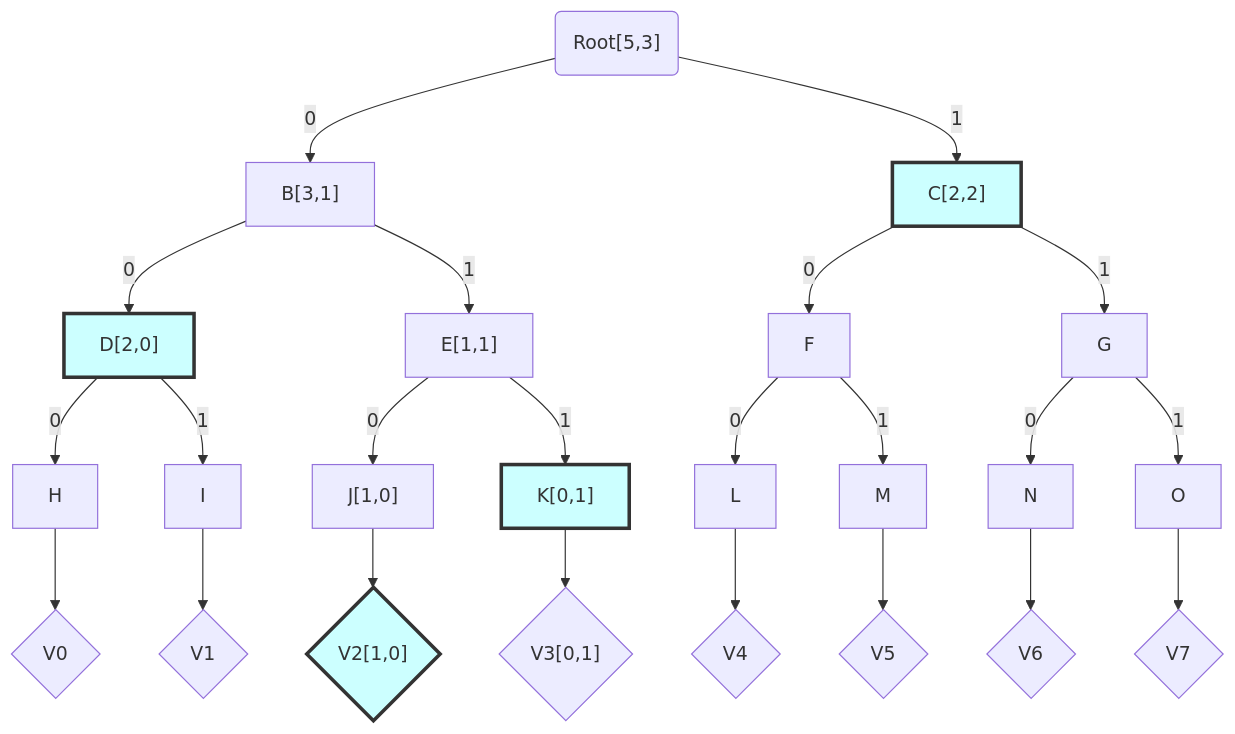
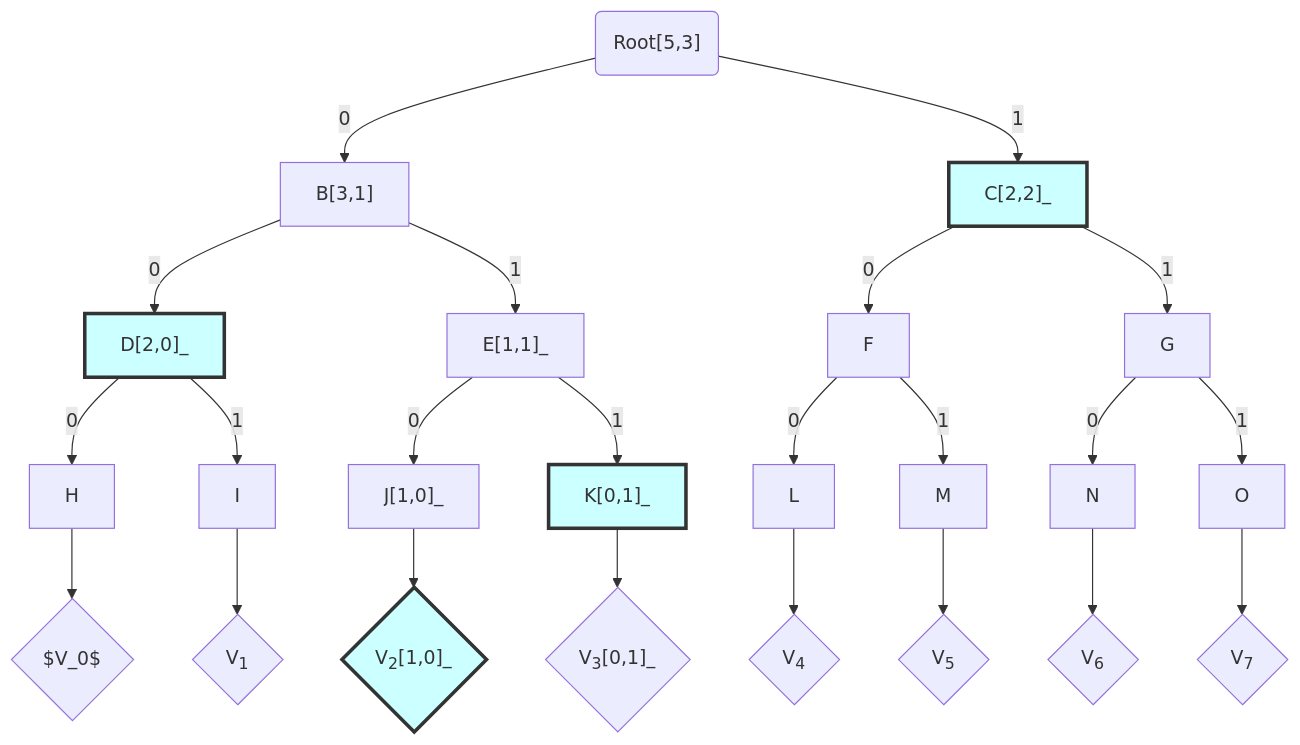
One commit to bitcoin-unlimited/BUwiki changed the diagram in blockchain_voting.md. Above: the diagram before and after it, drawn with Mermaid. The commit also changed other lines of this file and 1 other file, not shown here.

````diff
--- a/blockchain_voting.md
+++ b/blockchain_voting.md
@@ -68,27 +64,28 @@
 ```mermaid  
 graph TD
 R("Root[5,3]") -- 0 --> B["B[3,1]"]
-R -- 1 --> C["C[2,2]"]
-B -- 0 --> D["D[2,0]"]
-B -- 1 --> E["E[1,1]"]
+R -- 1 --> C["C[2,2]_"]
+B -- 0 --> D["D[2,0]_"]
+B -- 1 --> E["E[1,1]_"]
 C -- 0 --> F
 C -- 1 --> G
 D -- 0 --> H
 D -- 1 --> I
-E -- 0 --> J["J[1,0]"]
-E -- 1 --> K["K[0,1]"]
+E -- 0 --> J["J[1,0]_"]
+E -- 1 --> K["K[0,1]_"]
 F -- 0 --> L
 F -- 1 --> M
 G -- 0 --> N
 G -- 1 --> O
-H --> V0{"V0"}
-I --> V1{"V1"}
-J --> V2{"V2[1,0]"}
-K --> V3{"V3[0,1]"}
-L --> V4{"V4"}
-M --> V5{"V5"}
-N --> V6{"V6"}
-O --> V7{"V7"}
+H --> V0{"$V_0$"}
+I --> V1{"V<sub>1</sub>"}
+J --> V2{"V<sub>2</sub>[1,0]_"}
+K --> V3{"V<sub>3</sub>[0,1]_"}
+L --> V4{"V<sub>4</sub>"}
+M --> V5{"V<sub>5</sub>"}
+N --> V6{"V<sub>6</sub>"}
+O --> V7{"V<sub>7</sub>"}
 classDef proof fill:#cff,stroke:#333,stroke-width:3px;
 class V2,K,D,C proof;
+
 ```
````
